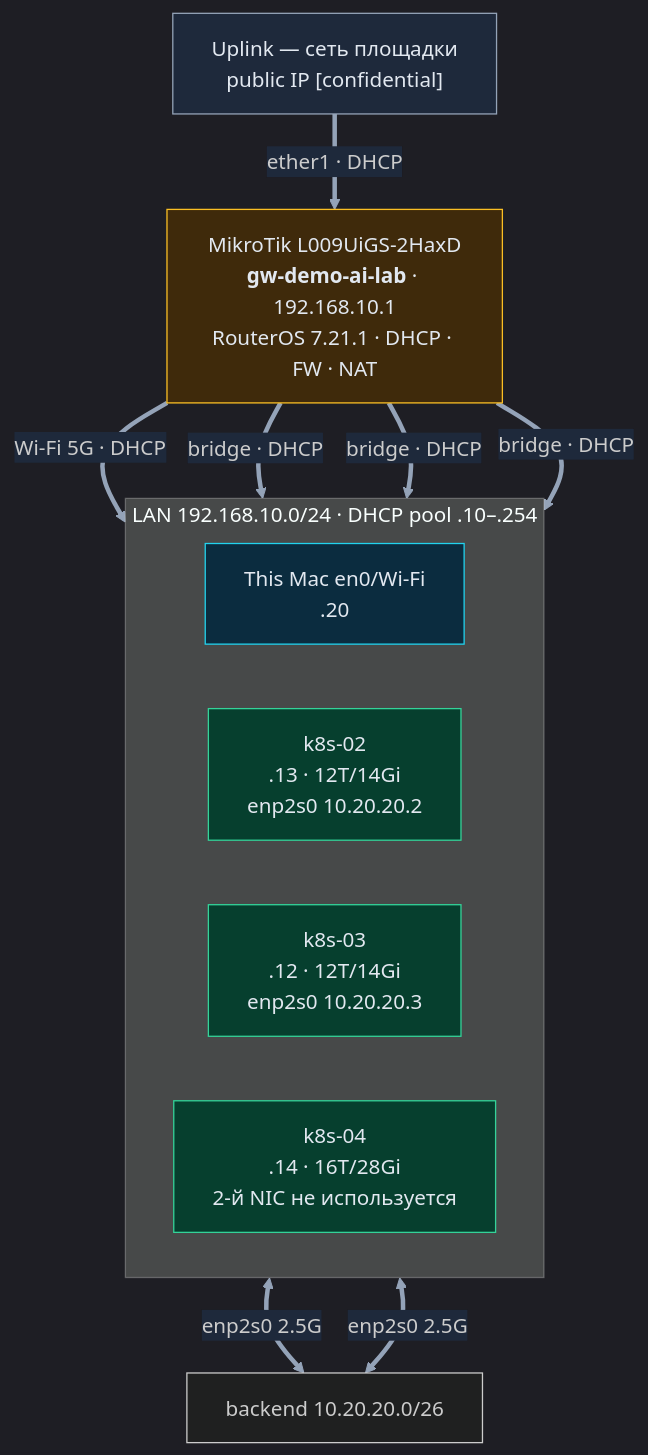
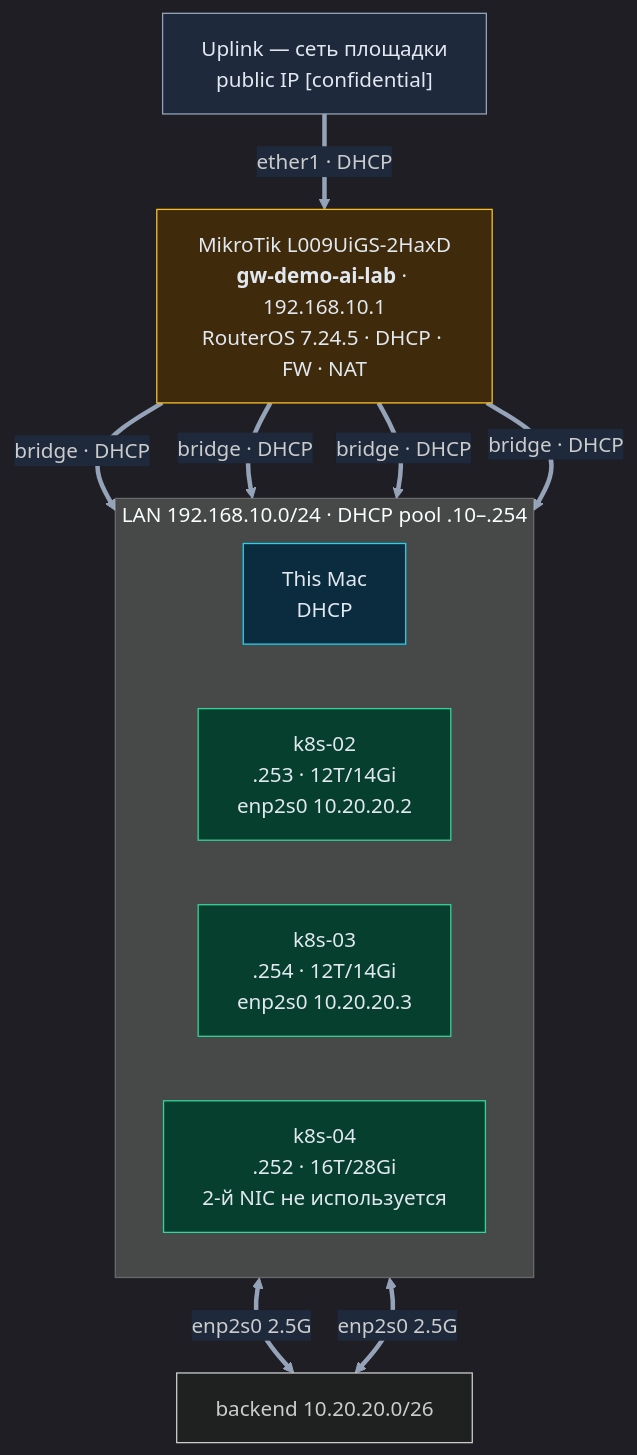
One commit to msklv/demo-ai-lab changed the diagram in network-map-detail.md. Above: the diagram before and after it, drawn with Mermaid. The commit also changed other lines of this file and 2 other files, not shown here.

Commit message:
docs(lab): live-audit updates — node IPs .253/.254/.252 + DHCP reservations, uplink isolation, Cloud DDNS off, WiFi SSID, RouterOS 7.24.5

````diff
--- a/network-map-detail.md
+++ b/network-map-detail.md
@@ -7,30 +7,30 @@
 ```mermaid
 %%{init: {"theme": "dark", "themeVariables": {"fontFamily": "ui-monospace, monospace", "edgeLabelBackground": "#1e293b", "primaryTextColor": "#e2e8f0", "lineColor": "#94a3b8"}}}%%
 graph TD
 
     UP["Uplink — сеть площадки<br/>public IP [confidential]"]:::ext
 
-    RT["MikroTik L009UiGS-2HaxD<br/><b>gw-demo-ai-lab</b> · 192.168.10.1<br/>RouterOS 7.21.1 · DHCP · FW · NAT"]:::net
+    RT["MikroTik L009UiGS-2HaxD<br/><b>gw-demo-ai-lab</b> · 192.168.10.1<br/>RouterOS 7.24.5 · DHCP · FW · NAT"]:::net
 
     subgraph LAN["LAN 192.168.10.0/24 · DHCP pool .10–.254"]
         direction LR
-        MAC["This Mac en0/Wi-Fi<br/>.20"]:::mac
-        K2["k8s-02<br/>.13 · 12T/14Gi<br/>enp2s0 10.20.20.2"]:::linux
-        K3["k8s-03<br/>.12 · 12T/14Gi<br/>enp2s0 10.20.20.3"]:::linux
-        K4["k8s-04<br/>.14 · 16T/28Gi<br/>2-й NIC не используется"]:::linux
+        MAC["This Mac<br/>DHCP"]:::mac
+        K2["k8s-02<br/>.253 · 12T/14Gi<br/>enp2s0 10.20.20.2"]:::linux
+        K3["k8s-03<br/>.254 · 12T/14Gi<br/>enp2s0 10.20.20.3"]:::linux
+        K4["k8s-04<br/>.252 · 16T/28Gi<br/>2-й NIC не используется"]:::linux
     end
 
     K2 <==>|"enp2s0 2.5G"| BE["backend 10.20.20.0/26"]
     K3 <==>|"enp2s0 2.5G"| BE
 
     UP ==>|"ether1 · DHCP"| RT
-    RT ==>|"Wi-Fi 5G · DHCP"| MAC
+    RT ==>|"bridge · DHCP"| MAC
     RT ==>|"bridge · DHCP"| K2
     RT ==>|"bridge · DHCP"| K3
     RT ==>|"bridge · DHCP"| K4
 
     classDef mac fill:#0b2c3f,stroke:#22d3ee,color:#e2e8f0;
     classDef linux fill:#063f2e,stroke:#34d399,color:#e2e8f0;
     classDef net fill:#3f2a0b,stroke:#fbbf24,color:#e2e8f0;
     classDef ext fill:#1e293b,stroke:#94a3b8,color:#e2e8f0;
 ```
````
